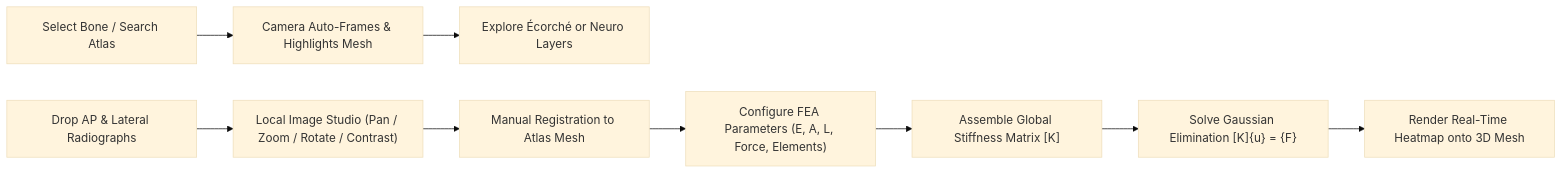
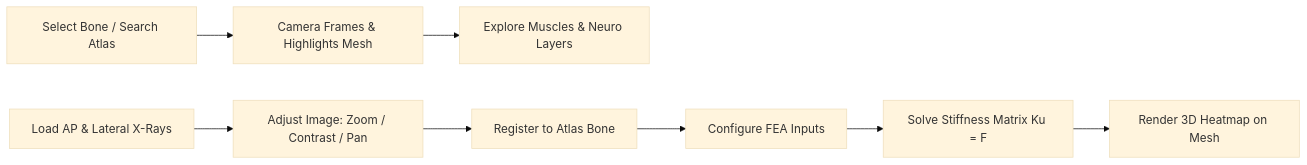
One commit to spixcy/BoneVista changed the second of 2 diagrams in README.md. Above: the diagram before and after it, drawn with Mermaid (base theme). The commit also changed other lines of this file, not shown here.

Commit message:
docs: fix Mermaid syntax, streamline text, and fix LaTeX math rendering

````diff
--- a/README.md
+++ b/README.md
@@ -205,11 +172,10 @@
 ```mermaid
 flowchart LR
-    A["Select Bone / Search Atlas"] --> B["Camera Auto-Frames & Highlights Mesh"]
-    B --> C["Explore Écorché or Neuro Layers"]
-    D["Drop AP & Lateral Radiographs"] --> E["Local Image Studio (Pan / Zoom / Rotate / Contrast)"]
-    E --> F["Manual Registration to Atlas Mesh"]
-    F --> G["Configure FEA Parameters (E, A, L, Force, Elements)"]
-    G --> H["Assemble Global Stiffness Matrix [K]"]
-    H --> I["Solve Gaussian Elimination [K]{u} = {F}"]
-    I --> J["Render Real-Time Heatmap onto 3D Mesh"]
+    A["Select Bone / Search Atlas"] --> B["Camera Frames & Highlights Mesh"]
+    B --> C["Explore Muscles & Neuro Layers"]
+    D["Load AP & Lateral X-Rays"] --> E["Adjust Image: Zoom / Contrast / Pan"]
+    E --> F["Register to Atlas Bone"]
+    F --> G["Configure FEA Inputs"]
+    G --> H["Solve Stiffness Matrix Ku = F"]
+    H --> I["Render 3D Heatmap on Mesh"]
 ```
````
